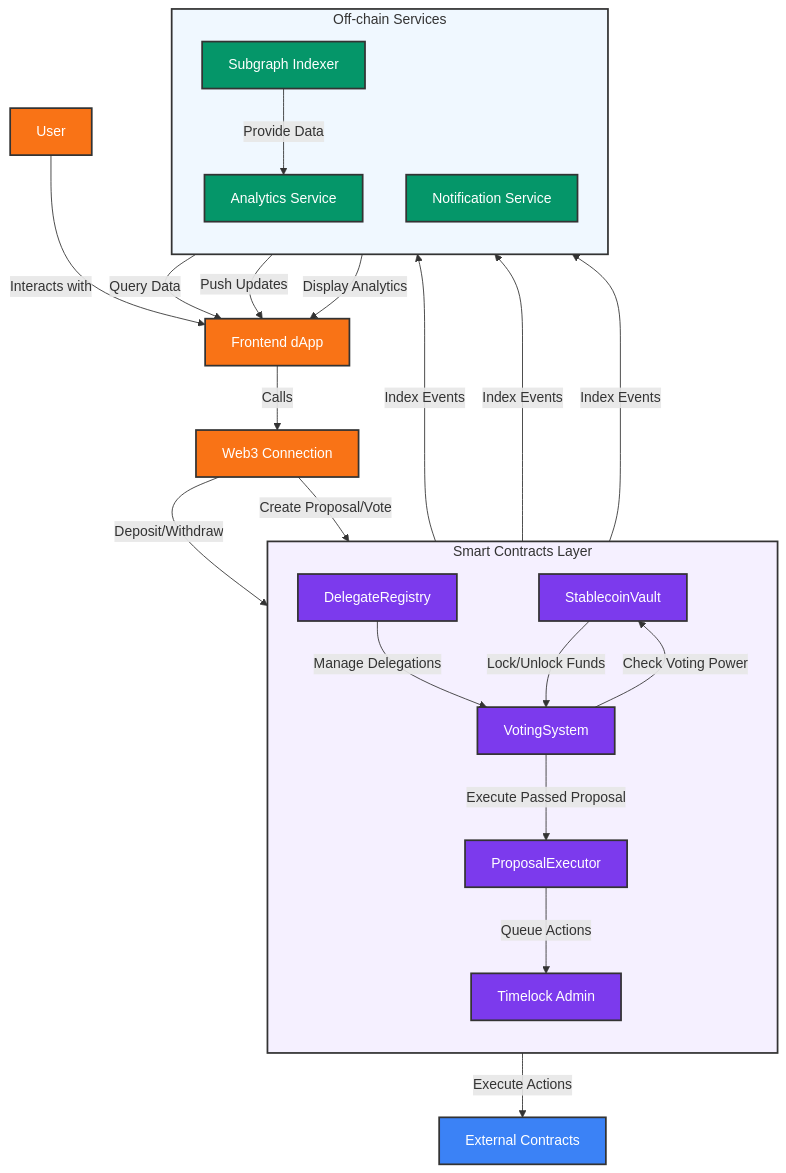
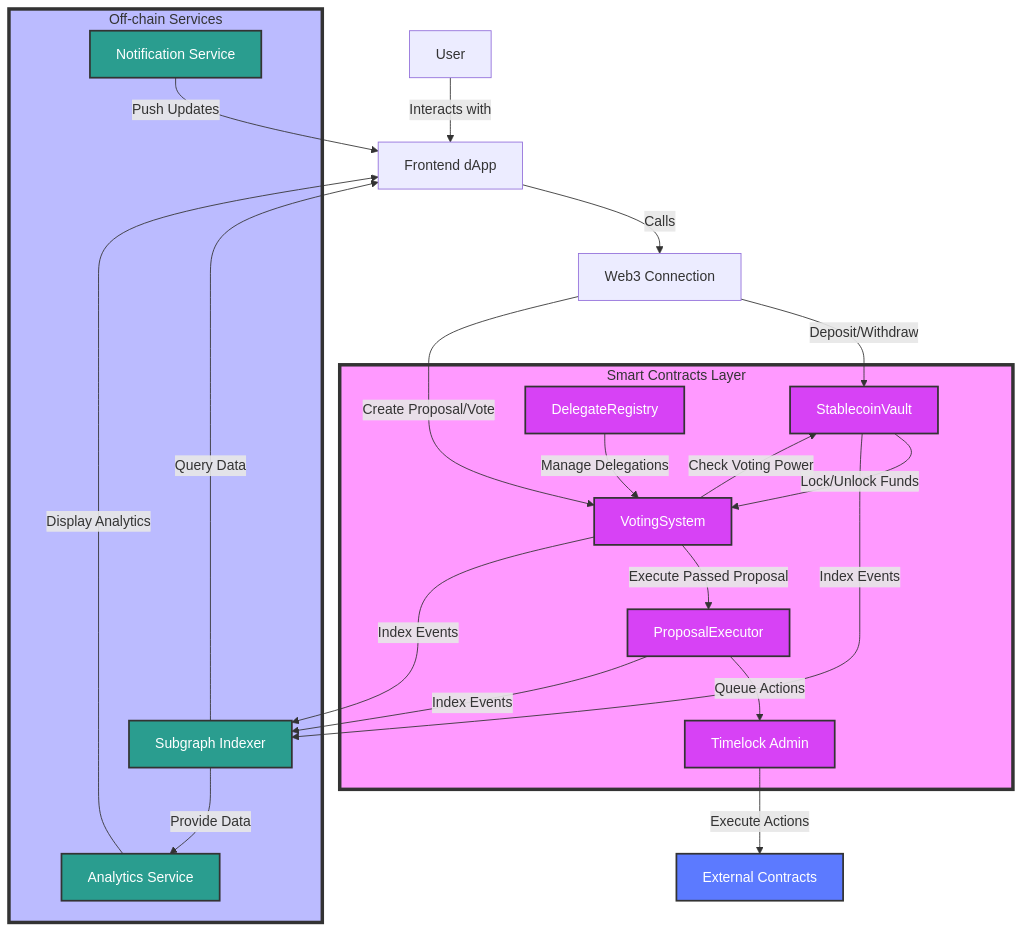
One commit to kaka21garuda/haikou changed the diagram in README.md. Above: the diagram before and after it, drawn with Mermaid. The commit also changed 1 other file, not shown here.

Commit message:
stablecoin vault

````diff
--- a/README.md
+++ b/README.md
@@ -7,56 +7,51 @@
 ```mermaid
 flowchart TD
     User[User] --> |Interacts with| FE[Frontend dApp]
     FE --> |Calls| WC[Web3 Connection]
     
     subgraph SmartContracts[Smart Contracts Layer]
-        direction TB
         SV[StablecoinVault]
         VS[VotingSystem]
         PE[ProposalExecutor]
         DR[DelegateRegistry]
         TA[Timelock Admin]
     end
     
     WC --> |Deposit/Withdraw| SV
     WC --> |Create Proposal/Vote| VS
     VS --> |Execute Passed Proposal| PE
     VS --> |Check Voting Power| SV
     DR --> |Manage Delegations| VS
     
     SV --> |Lock/Unlock Funds| VS
     PE --> |Queue Actions| TA
     TA --> |Execute Actions| ExtC[External Contracts]
     
     subgraph OffChain[Off-chain Services]
-        direction TB
         SG[Subgraph Indexer]
         AS[Analytics Service]
         NS[Notification Service]
     end
     
     SV --> |Index Events| SG
     VS --> |Index Events| SG
     PE --> |Index Events| SG
     
     SG --> |Query Data| FE
     SG --> |Provide Data| AS
     
     NS --> |Push Updates| FE
     AS --> |Display Analytics| FE
     
-    style SmartContracts fill:#f5f0ff,stroke:#333,stroke-width:2px
-    style OffChain fill:#f0f8ff,stroke:#333,stroke-width:2px
-    style SV fill:#7c3aed,stroke:#333,stroke-width:2px,color:#fff
-    style VS fill:#7c3aed,stroke:#333,stroke-width:2px,color:#fff
-    style PE fill:#7c3aed,stroke:#333,stroke-width:2px,color:#fff
-    style DR fill:#7c3aed,stroke:#333,stroke-width:2px,color:#fff
-    style TA fill:#7c3aed,stroke:#333,stroke-width:2px,color:#fff
-    style ExtC fill:#3b82f6,stroke:#333,stroke-width:2px,color:#fff
-    style SG fill:#059669,stroke:#333,stroke-width:2px,color:#fff
-    style AS fill:#059669,stroke:#333,stroke-width:2px,color:#fff
-    style NS fill:#059669,stroke:#333,stroke-width:2px,color:#fff
-    style User fill:#f97316,stroke:#333,stroke-width:2px,color:#fff
-    style FE fill:#f97316,stroke:#333,stroke-width:2px,color:#fff
-    style WC fill:#f97316,stroke:#333,stroke-width:2px,color:#fff
+    style SmartContracts fill:#f9f,stroke:#333,stroke-width:4px
+    style OffChain fill:#bbf,stroke:#333,stroke-width:4px
+    style SV fill:#d742f5,stroke:#333,stroke-width:2px,color:#fff
+    style VS fill:#d742f5,stroke:#333,stroke-width:2px,color:#fff
+    style PE fill:#d742f5,stroke:#333,stroke-width:2px,color:#fff
+    style DR fill:#d742f5,stroke:#333,stroke-width:2px,color:#fff
+    style TA fill:#d742f5,stroke:#333,stroke-width:2px,color:#fff
+    style ExtC fill:#5c7aff,stroke:#333,stroke-width:2px,color:#fff
+    style SG fill:#2a9d8f,stroke:#333,stroke-width:2px,color:#fff
+    style AS fill:#2a9d8f,stroke:#333,stroke-width:2px,color:#fff
+    style NS fill:#2a9d8f,stroke:#333,stroke-width:2px,color:#fff
 ```
````
